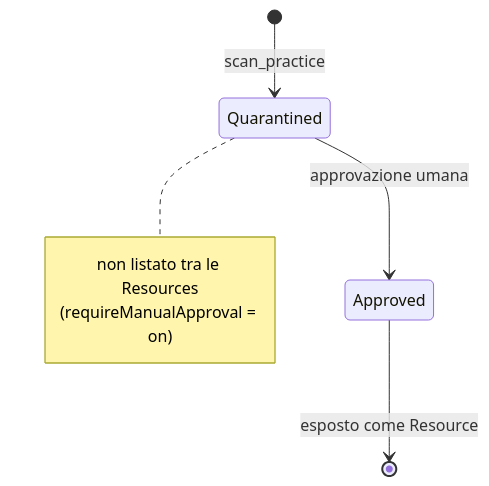
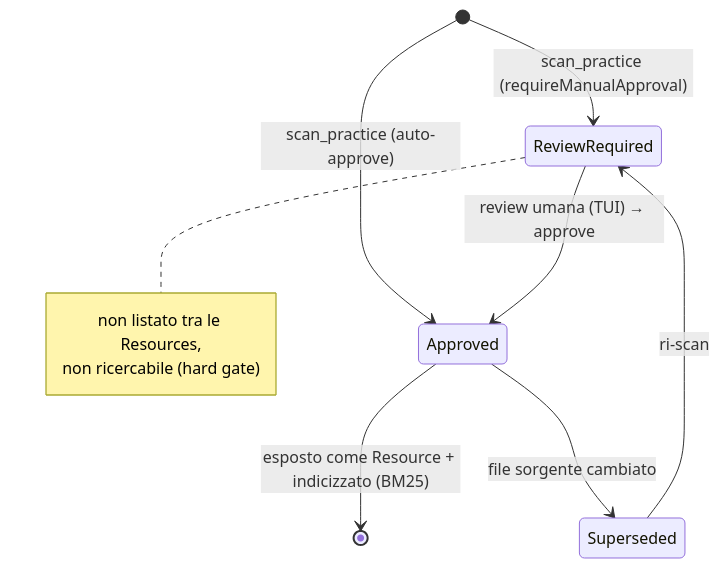
One commit to avvocati-e-mac/AnonyMCP changed the fourth of 4 diagrams in ARCHITETTURA.md. Above: the diagram before and after it, drawn with Mermaid. The commit also changed other lines of this file and 1 other file, not shown here.

Commit message:
docs: allinea ARCHITETTURA.md e CLAUDE.md al nuovo flusso review+BM25
- State machine documento: review_required → approved → superseded, con hard gate.
- §8: BM25/FTS5 ora implementata (era pianificata per Fase 2), link agli ADR.
- Struttura src/: aggiunti search/, tui/, entityDictionary; docs/adr/.
- Stato: 141 test verdi.

````diff
--- a/ARCHITETTURA.md
+++ b/ARCHITETTURA.md
@@ -117,10 +117,13 @@
 ```mermaid
 stateDiagram-v2
-  [*] --> Quarantined: scan_practice
-  Quarantined --> Approved: approvazione umana
-  Approved --> [*]: esposto come Resource
-  note right of Quarantined
-    non listato tra le Resources
-    (requireManualApproval = on)
+  [*] --> ReviewRequired: scan_practice (requireManualApproval)
+  [*] --> Approved: scan_practice (auto-approve)
+  ReviewRequired --> Approved: review umana (TUI) → approve
+  Approved --> [*]: esposto come Resource + indicizzato (BM25)
+  Approved --> Superseded: file sorgente cambiato
+  Superseded --> ReviewRequired: ri-scan
+  note right of ReviewRequired
+    non listato tra le Resources,
+    non ricercabile (hard gate)
   end note
 ```
````
